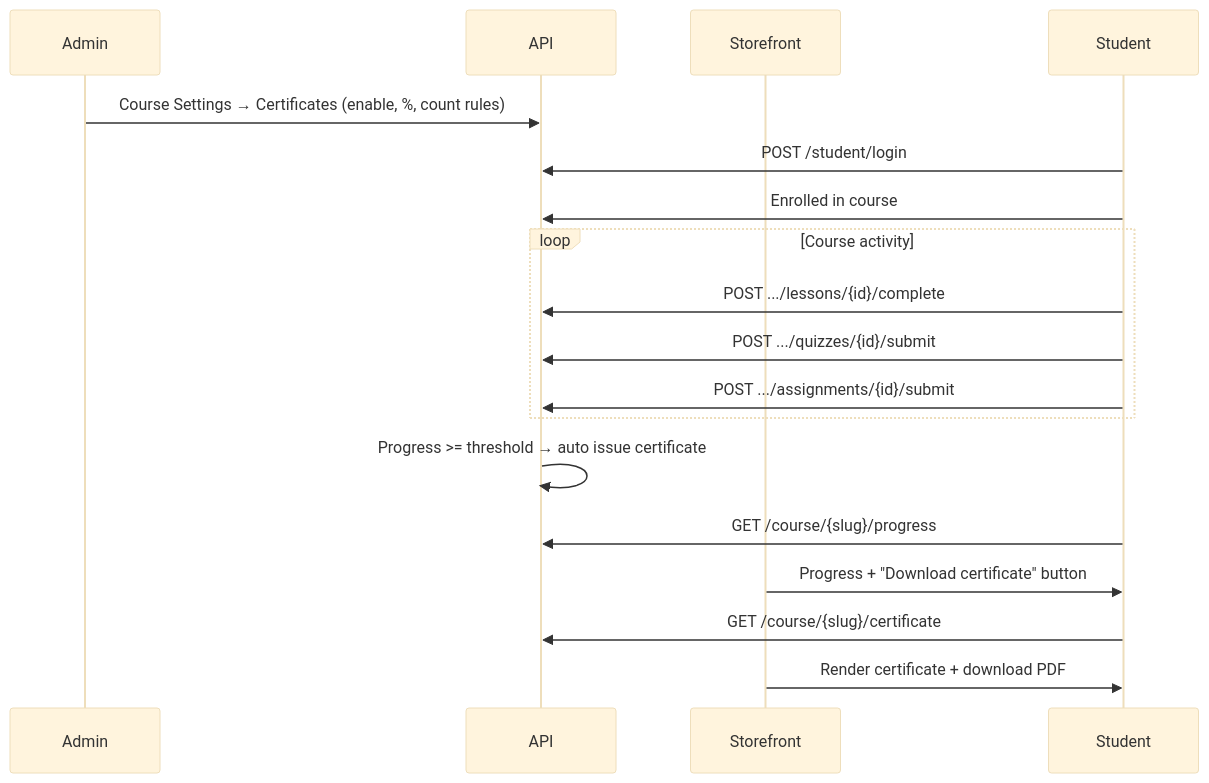
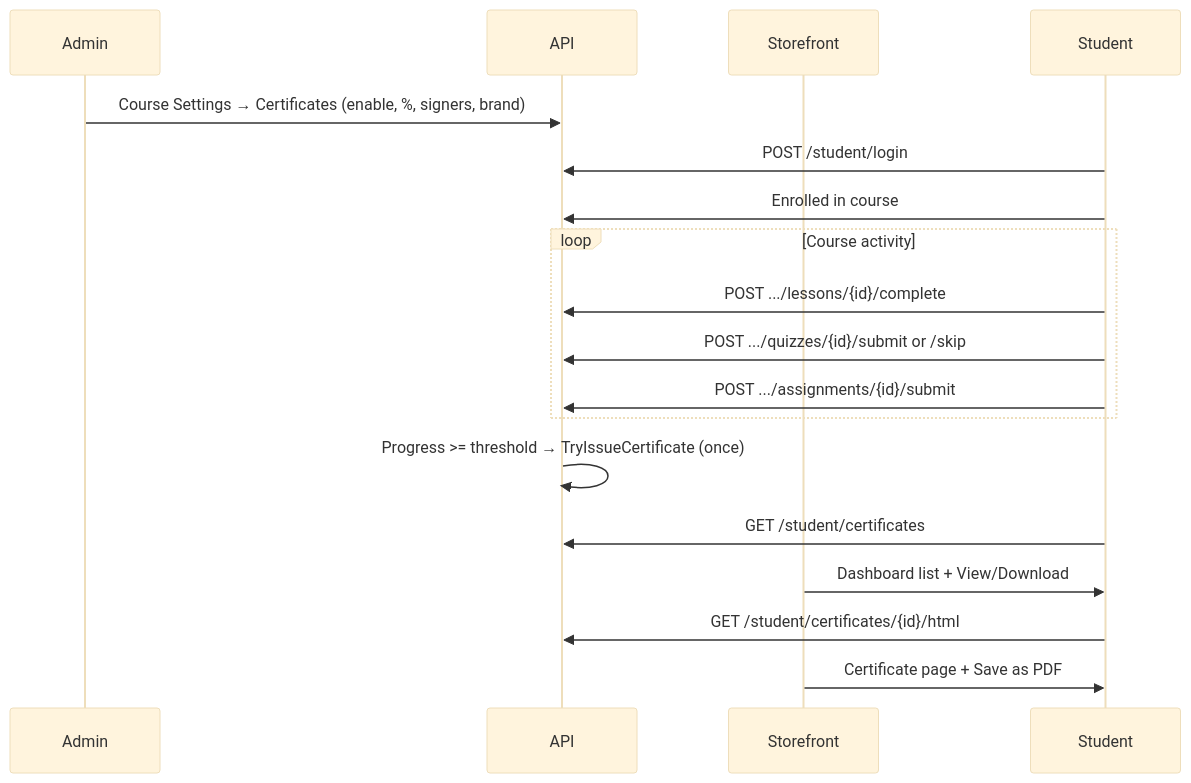
The diagram in docs/CERTIFICATE_STOREFRONT_API.md (faisalbhxyz/lurnic-monorepo-vercel), drawn with Mermaid (base theme) before and after one commit. The commit also changed other lines of this file and 35 other files, not shown here.

First line of the commit message:
Add certificate branding, watermark, dual signers, and storefront rendering.

````diff
--- a/docs/CERTIFICATE_STOREFRONT_API.md
+++ b/docs/CERTIFICATE_STOREFRONT_API.md
@@ -31,21 +48,21 @@
 ```mermaid
 sequenceDiagram
   participant Admin
   participant API
   participant Storefront
   participant Student
 
-  Admin->>API: Course Settings → Certificates (enable, %, count rules)
+  Admin->>API: Course Settings → Certificates (enable, %, signers, brand)
   Student->>API: POST /student/login
   Student->>API: Enrolled in course
   loop Course activity
     Student->>API: POST .../lessons/{id}/complete
-    Student->>API: POST .../quizzes/{id}/submit
+    Student->>API: POST .../quizzes/{id}/submit or /skip
     Student->>API: POST .../assignments/{id}/submit
   end
-  API->>API: Progress >= threshold → auto issue certificate
-  Student->>API: GET /course/{slug}/progress
-  Storefront->>Student: Progress + "Download certificate" button
-  Student->>API: GET /course/{slug}/certificate
-  Storefront->>Student: Render certificate + download PDF
+  API->>API: Progress >= threshold → TryIssueCertificate (once)
+  Student->>API: GET /student/certificates
+  Storefront->>Student: Dashboard list + View/Download
+  Student->>API: GET /student/certificates/{id}/html
+  Storefront->>Student: Certificate page + Save as PDF
 ```
````
